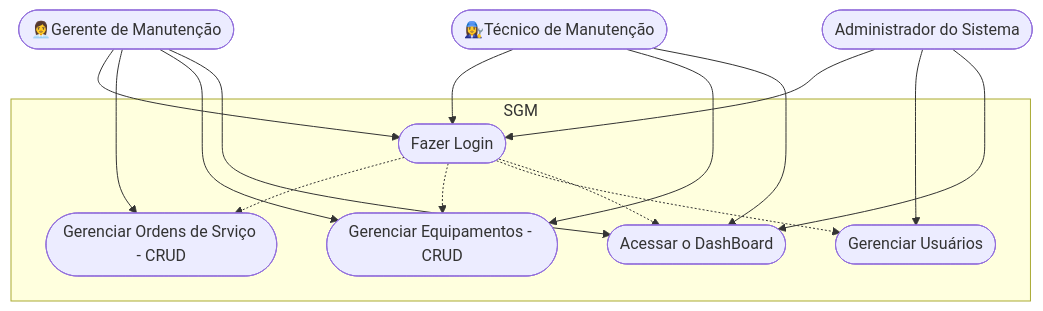
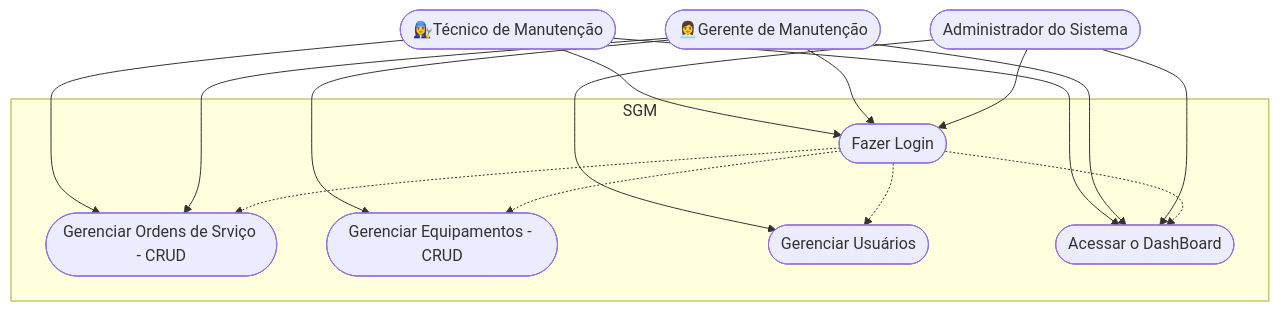
Before and after one commit to derick-gomes/front-end-SESI: the second of 3 diagrams in Frameworks/Next/formativa-sgm/README.md, drawn with Mermaid. The commit also changed other lines of this file and 14 other files, not shown here.

````diff
--- a/Frameworks/Next/formativa-sgm/README.md
+++ b/Frameworks/Next/formativa-sgm/README.md
@@ -103,35 +103,35 @@
 ```mermaid
 
 graph TD
 
     subgraph "SGM"
         caso1([Fazer Login])
         caso2([Gerenciar Ordens de Srviço - CRUD])
         caso3([Gerenciar Equipamentos - CRUD])
         caso4([Gerenciar Usuários])
         caso5([Acessar o DashBoard])
     end
 
     Tecnico([👩‍🔧Técnico de Manutenção])
     Gerente([👩‍💼Gerente de Manutenção])
     Admin([Administrador do Sistema])
 
     Tecnico --> caso1
-    Tecnico --> caso3
+    Tecnico --> caso2
     Tecnico --> caso5
 
     Gerente --> caso1
     Gerente --> caso2
     Gerente --> caso3
     Gerente --> caso5
 
     Admin --> caso1
     Admin --> caso4
     Admin --> caso5
 
     caso1 -.-> caso2
     caso1 -.-> caso3
     caso1 -.-> caso4
     caso1 -.-> caso5
     
 ```
````
